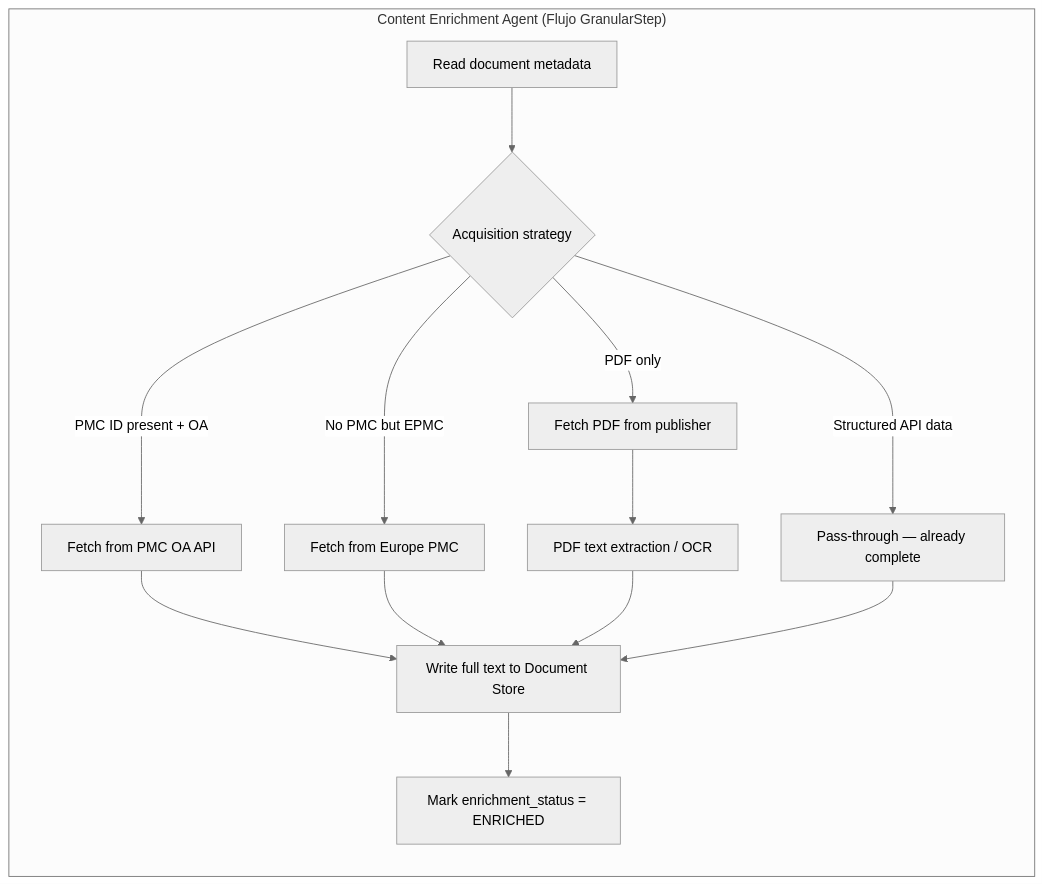
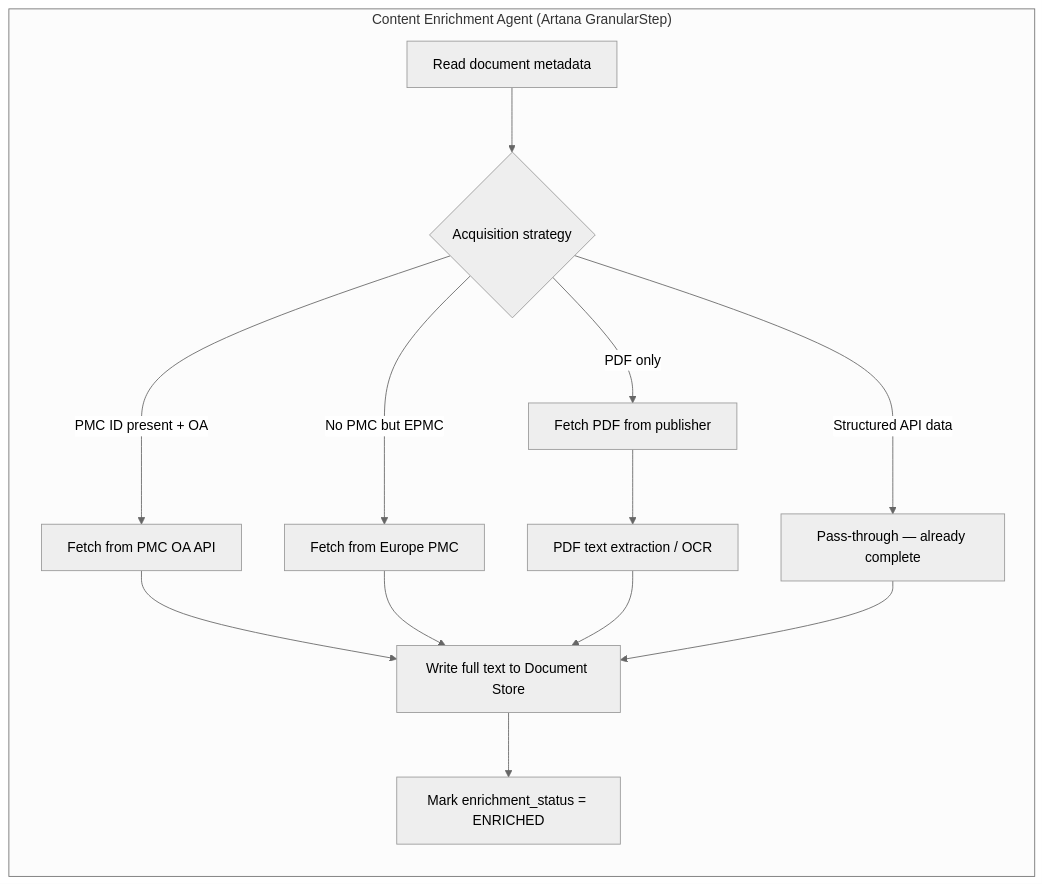
One commit to med13foundation/monorepo changed the second of 5 diagrams in docs/latest_plan_path/datasources_architecture.md. Above: the diagram before and after it, drawn with Mermaid (neutral theme). The commit also changed other lines of this file and 322 other files, not shown here.

````diff
--- a/docs/latest_plan_path/datasources_architecture.md
+++ b/docs/latest_plan_path/datasources_architecture.md
@@ -457,16 +457,16 @@
 ```mermaid
 flowchart TB
-  subgraph CEA["Content Enrichment Agent (Flujo GranularStep)"]
+  subgraph CEA["Content Enrichment Agent (Artana GranularStep)"]
     direction TB
     READ[Read document metadata] --> DECIDE{Acquisition strategy}
     DECIDE -->|PMC ID present + OA| PMCOA[Fetch from PMC OA API]
     DECIDE -->|No PMC but EPMC| EPMC[Fetch from Europe PMC]
     DECIDE -->|PDF only| PDFPUB[Fetch PDF from publisher]
     DECIDE -->|Structured API data| PASS[Pass-through — already complete]
     PMCOA --> STORE[Write full text to Document Store]
     EPMC --> STORE
     PDFPUB --> OCR[PDF text extraction / OCR] --> STORE
     PASS --> STORE
     STORE --> MARK[Mark enrichment_status = ENRICHED]
   end
 ```
````
